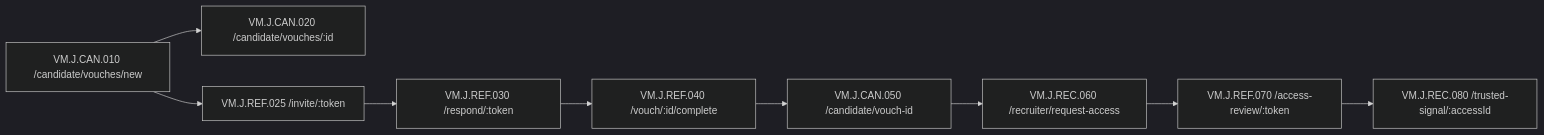
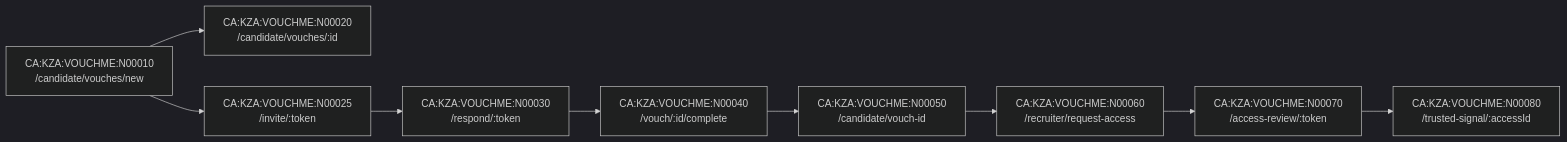
The diagram in examples/vouchme/context-atlas/diagrams/L1-page-route-map.mmd (kza-hps/contextatlas), drawn with Mermaid (dark theme) before and after one commit. The commit also changed 30 other files, not shown here.

```diff
--- a/examples/vouchme/context-atlas/diagrams/L1-page-route-map.mmd
+++ b/examples/vouchme/context-atlas/diagrams/L1-page-route-map.mmd
@@ -1,9 +1,9 @@
 flowchart LR
-  A["VM.J.CAN.010 /candidate/vouches/new"] --> B["VM.J.CAN.020 /candidate/vouches/:id"]
-  A --> I["VM.J.REF.025 /invite/:token"]
-  I --> C["VM.J.REF.030 /respond/:token"]
-  C --> D["VM.J.REF.040 /vouch/:id/complete"]
-  D --> E["VM.J.CAN.050 /candidate/vouch-id"]
-  E --> F["VM.J.REC.060 /recruiter/request-access"]
-  F --> G["VM.J.REF.070 /access-review/:token"]
-  G --> H["VM.J.REC.080 /trusted-signal/:accessId"]
+  A["CA:KZA:VOUCHME:N00010<br/>/candidate/vouches/new"] --> B["CA:KZA:VOUCHME:N00020<br/>/candidate/vouches/:id"]
+  A --> C["CA:KZA:VOUCHME:N00025<br/>/invite/:token"]
+  C --> D["CA:KZA:VOUCHME:N00030<br/>/respond/:token"]
+  D --> E["CA:KZA:VOUCHME:N00040<br/>/vouch/:id/complete"]
+  E --> F["CA:KZA:VOUCHME:N00050<br/>/candidate/vouch-id"]
+  F --> G["CA:KZA:VOUCHME:N00060<br/>/recruiter/request-access"]
+  G --> H["CA:KZA:VOUCHME:N00070<br/>/access-review/:token"]
+  H --> I["CA:KZA:VOUCHME:N00080<br/>/trusted-signal/:accessId"]
```
